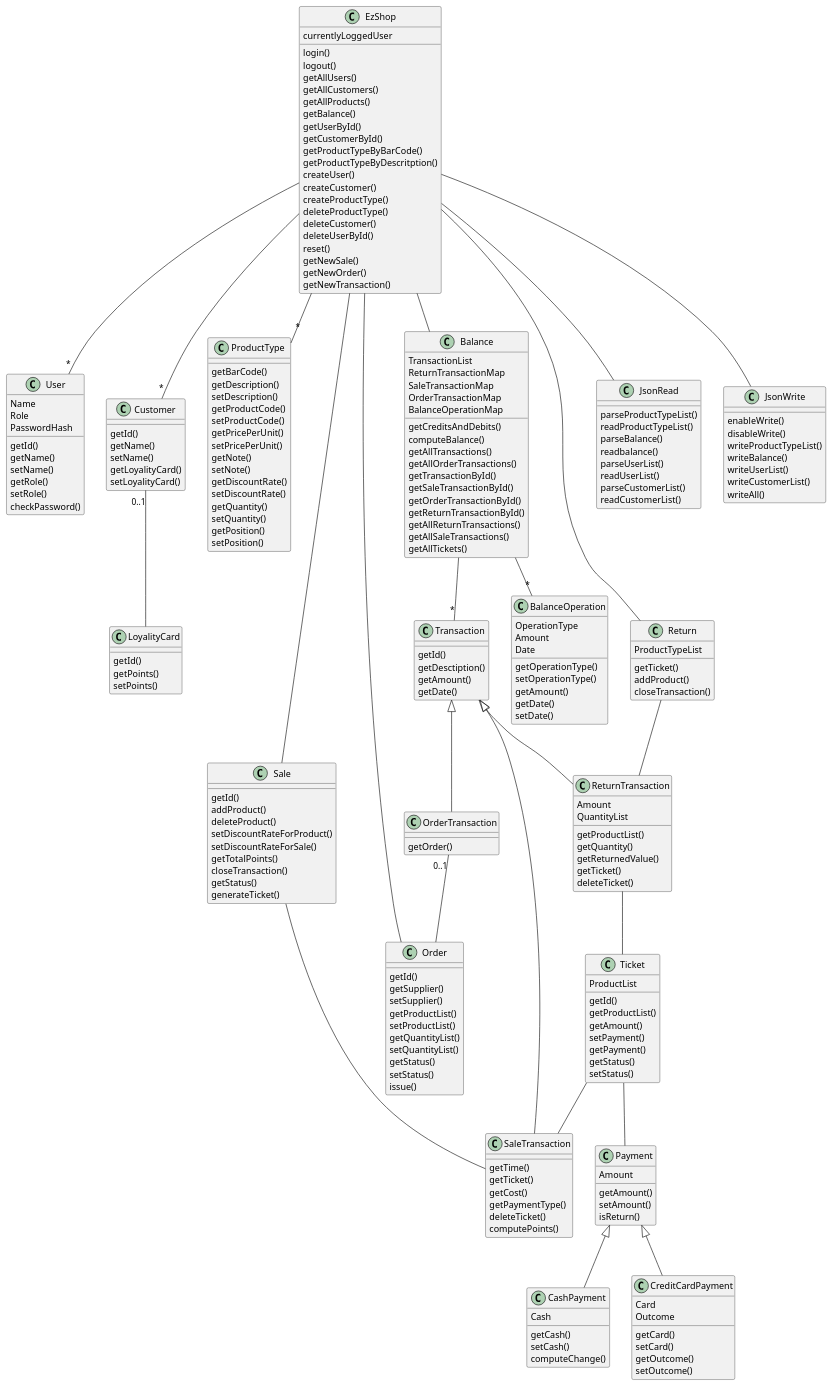
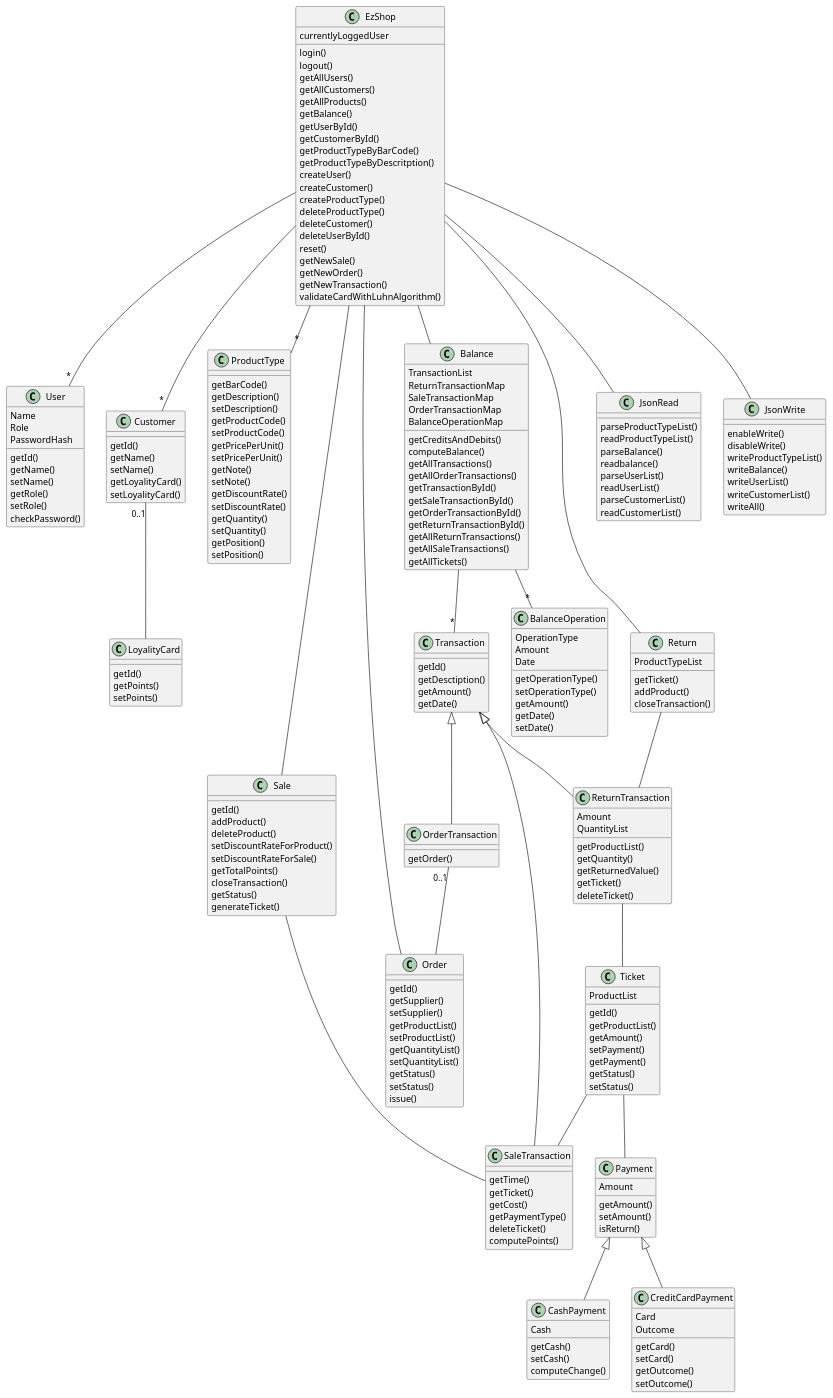
One commit to paolotron/EzshoProject31 changed the second of 3 diagrams in Deliverables/DesignDocument.md. Above: the diagram before and after it, drawn with PlantUML.

```diff
--- a/Deliverables/DesignDocument.md
+++ b/Deliverables/DesignDocument.md
@@ -78,6 +78,7 @@
     getNewSale()
     getNewOrder()
     getNewTransaction()
+    validateCardWithLuhnAlgorithm()
     currentlyLoggedUser
 }
 class User{
```
